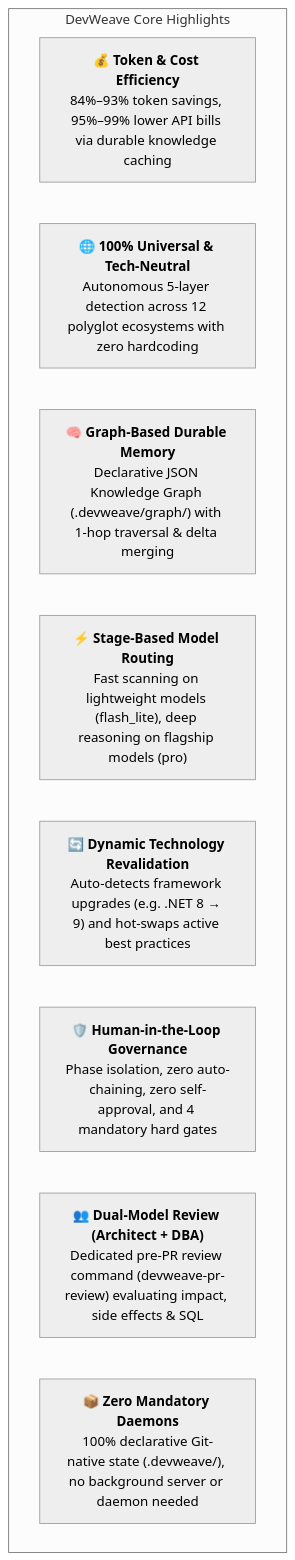
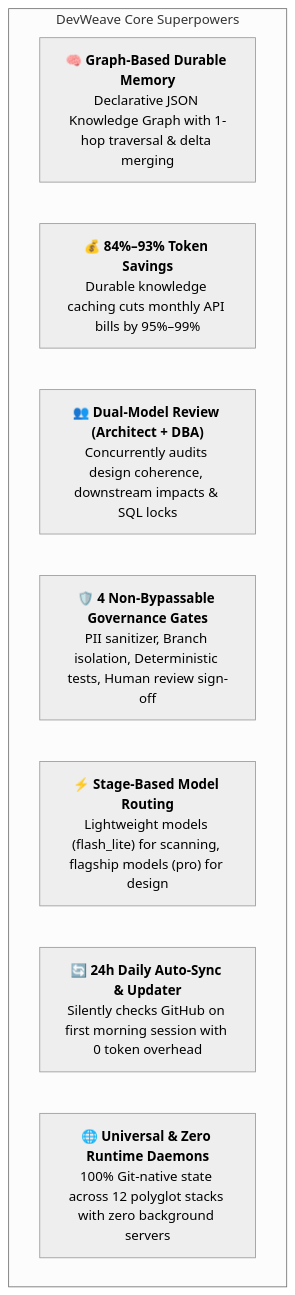
The first of 2 diagrams in README.md (paarthivnaik/DevWeave), drawn with Mermaid (neutral theme) before and after one commit. The commit also changed other lines of this file, not shown here.

Commit message:
docs: rewrite README with comprehensive superpowers, competitive comparison matrix, and full guide index

````diff
--- a/README.md
+++ b/README.md
@@ -18,13 +48,12 @@
 ```mermaid
 flowchart TD
-    subgraph HIGHLIGHTS["DevWeave Core Highlights"]
-        H1["<b>💰 Token & Cost Efficiency</b><br>84%–93% token savings, 95%–99% lower API bills via durable knowledge caching"]
-        H2["<b>🌐 100% Universal & Tech-Neutral</b><br>Autonomous 5-layer detection across 12 polyglot ecosystems with zero hardcoding"]
-        H3["<b>🧠 Graph-Based Durable Memory</b><br>Declarative JSON Knowledge Graph (.devweave/graph/) with 1-hop traversal & delta merging"]
-        H4["<b>⚡ Stage-Based Model Routing</b><br>Fast scanning on lightweight models (flash_lite), deep reasoning on flagship models (pro)"]
-        H5["<b>🔄 Dynamic Technology Revalidation</b><br>Auto-detects framework upgrades (e.g. .NET 8 → 9) and hot-swaps active best practices"]
-        H6["<b>🛡️ Human-in-the-Loop Governance</b><br>Phase isolation, zero auto-chaining, zero self-approval, and 4 mandatory hard gates"]
-        H7["<b>👥 Dual-Model Review (Architect + DBA)</b><br>Dedicated pre-PR review command (devweave-pr-review) evaluating impact, side effects & SQL"]
-        H8["<b>📦 Zero Mandatory Daemons</b><br>100% declarative Git-native state (.devweave/), no background server or daemon needed"]
+    subgraph SUPERPOWERS["DevWeave Core Superpowers"]
+        S1["<b>🧠 Graph-Based Durable Memory</b><br>Declarative JSON Knowledge Graph with 1-hop traversal & delta merging"]
+        S2["<b>💰 84%–93% Token Savings</b><br>Durable knowledge caching cuts monthly API bills by 95%–99%"]
+        S3["<b>👥 Dual-Model Review (Architect + DBA)</b><br>Concurrently audits design coherence, downstream impacts & SQL locks"]
+        S4["<b>🛡️ 4 Non-Bypassable Governance Gates</b><br>PII sanitizer, Branch isolation, Deterministic tests, Human review sign-off"]
+        S5["<b>⚡ Stage-Based Model Routing</b><br>Lightweight models (flash_lite) for scanning, flagship models (pro) for design"]
+        S6["<b>🔄 24h Daily Auto-Sync & Updater</b><br>Silently checks GitHub on first morning session with 0 token overhead"]
+        S7["<b>🌐 Universal & Zero Runtime Daemons</b><br>100% Git-native state across 12 polyglot stacks with zero background servers"]
     end
 ```
````
